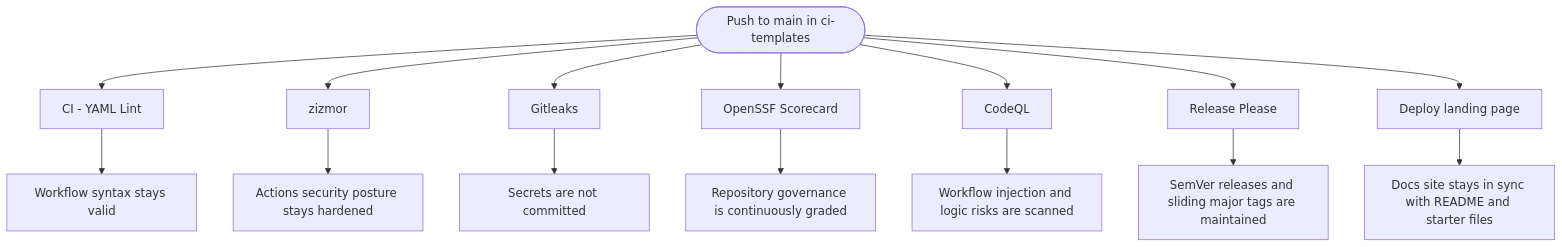
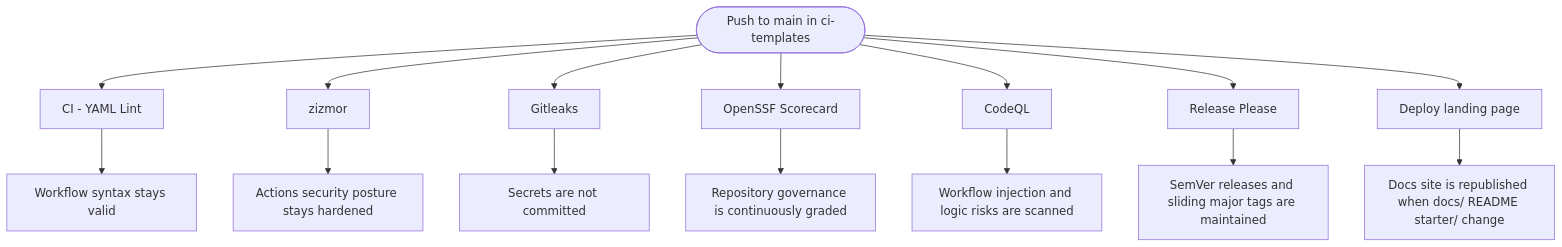
One commit to 2029193370/ci-templates changed the second of 2 diagrams in README.md. Above: the diagram before and after it, drawn with Mermaid. The commit also changed other lines of this file and 16 other files, not shown here.

````diff
--- a/README.md
+++ b/README.md
@@ -413,18 +413,18 @@
 ```mermaid
 flowchart TB
     A([Push to main in ci-templates]) --> B[CI - YAML Lint]
     A --> C[zizmor]
     A --> D[Gitleaks]
     A --> E[OpenSSF Scorecard]
     A --> F[CodeQL]
     A --> G[Release Please]
     A --> H[Deploy landing page]
 
     B --> I[Workflow syntax stays valid]
     C --> J[Actions security posture stays hardened]
     D --> K[Secrets are not committed]
     E --> L[Repository governance is continuously graded]
     F --> M[Workflow injection and logic risks are scanned]
     G --> N[SemVer releases and sliding major tags are maintained]
-    H --> O[Docs site stays in sync with README and starter files]
+    H --> O[Docs site is republished when docs/ README starter/ change]
 ```
````
